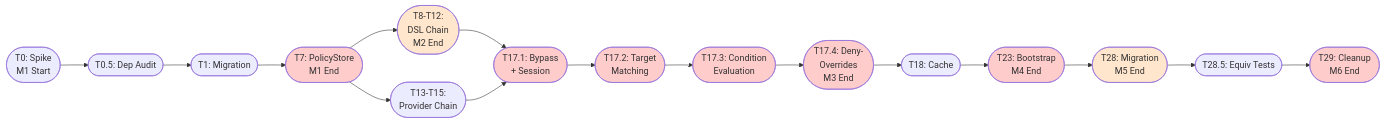
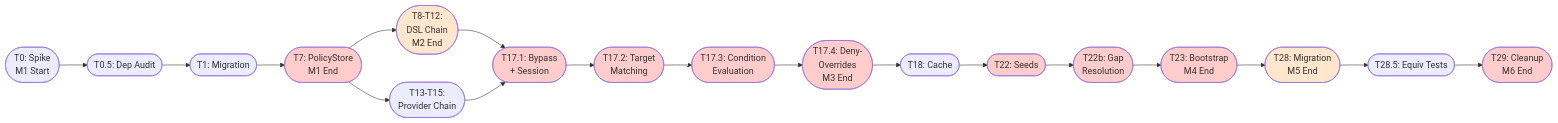
The first of 2 diagrams in docs/plans/2026-02-06-full-abac-implementation.md (holomush/holomush), drawn with Mermaid before and after one commit. The commit also changed other lines of this file and 4 other files, not shown here.

First line of the commit message:
fix(plans): elevate seed policy gap resolution to dedicated task T22b

````diff
--- a/docs/plans/2026-02-06-full-abac-implementation.md
+++ b/docs/plans/2026-02-06-full-abac-implementation.md
@@ -105,31 +105,35 @@
 ```mermaid
 graph LR
     T0([T0: Spike<br/>M1 Start]) --> T0_5([T0.5: Dep Audit])
     T0_5 --> T1([T1: Migration])
     T1 --> T7([T7: PolicyStore<br/>M1 End])
 
     T7 --> T8_12([T8-T12:<br/>DSL Chain<br/>M2 End])
     T7 --> T13_15([T13-T15:<br/>Provider Chain])
 
     T8_12 --> T17_1([T17.1: Bypass<br/>+ Session])
     T13_15 --> T17_1
     T17_1 --> T17_2([T17.2: Target<br/>Matching])
     T17_2 --> T17_3([T17.3: Condition<br/>Evaluation])
     T17_3 --> T17_4([T17.4: Deny-<br/>Overrides<br/>M3 End])
 
     T17_4 --> T18([T18: Cache])
-    T18 --> T23([T23: Bootstrap<br/>M4 End])
+    T18 --> T22([T22: Seeds])
+    T22 --> T22b([T22b: Gap<br/>Resolution])
+    T22b --> T23([T23: Bootstrap<br/>M4 End])
     T23 --> T28([T28: Migration<br/>M5 End])
     T28 --> T28_5([T28.5: Equiv Tests])
     T28_5 --> T29([T29: Cleanup<br/>M6 End])
 
     style T7 fill:#ffcccc
     style T8_12 fill:#ffe6cc
     style T17_1 fill:#ffcccc
     style T17_2 fill:#ffcccc
     style T17_3 fill:#ffcccc
     style T17_4 fill:#ffcccc
+    style T22 fill:#ffcccc
+    style T22b fill:#ffcccc
     style T23 fill:#ffcccc
     style T28 fill:#ffe6cc
     style T29 fill:#ffcccc
 ```
````
